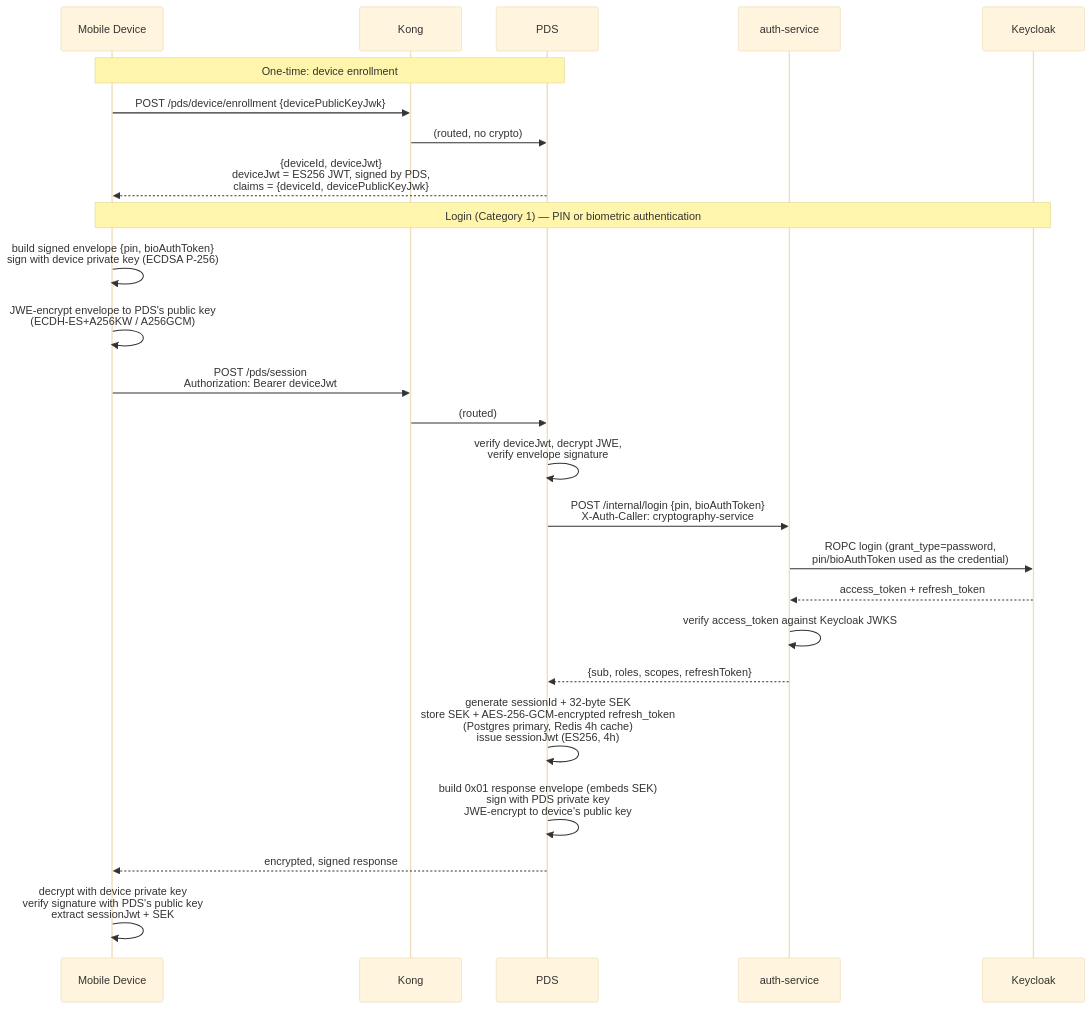
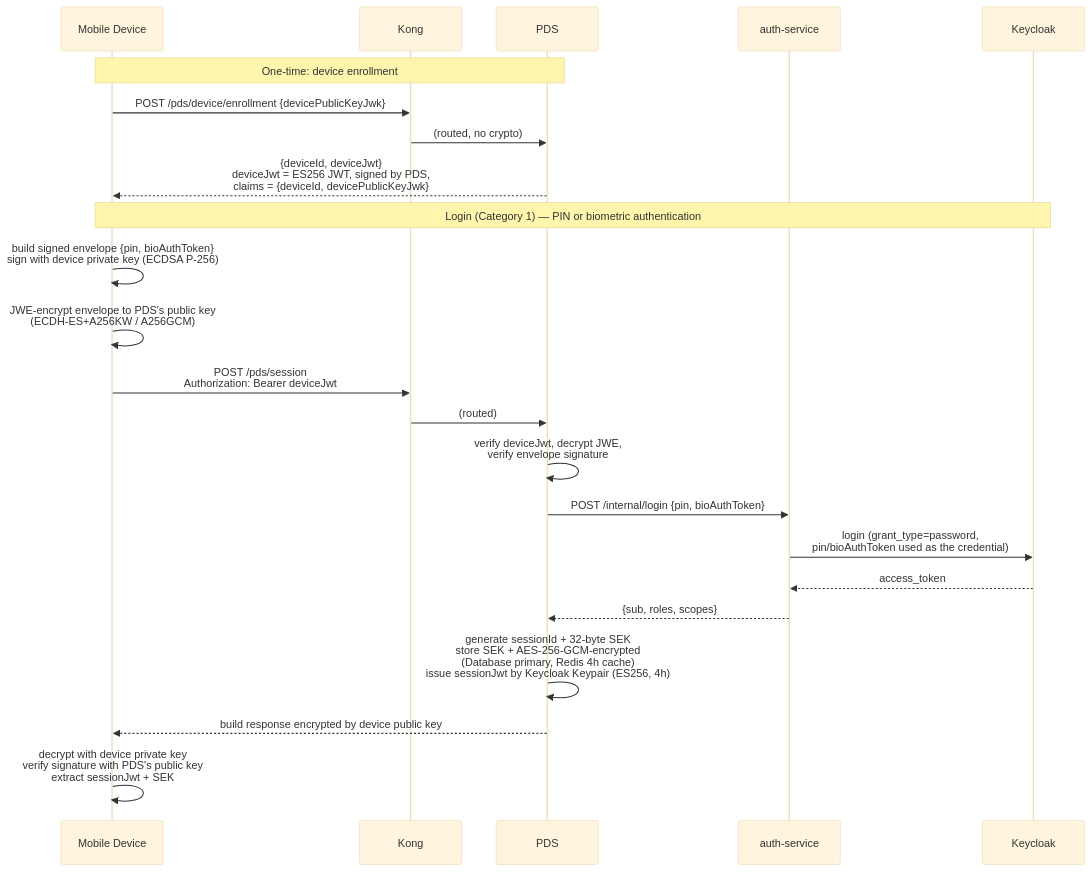
Before and after one commit to PinThapanawat/kong-custom-auth-poc: the first of 3 diagrams in docs/encryption-workflow.md, drawn with Mermaid (base theme). The commit also changed other lines of this file, not shown here.

Commit message:
docs: update encryption workflow documentation with revised sequence diagrams and process descriptions

````diff
--- a/docs/encryption-workflow.md
+++ b/docs/encryption-workflow.md
@@ -39,29 +5,27 @@
 ```mermaid
 sequenceDiagram
     participant Device as Mobile Device
     participant Kong
     participant PDS as PDS
     participant Auth as auth-service
     participant Keycloak
 
     Note over Device,PDS: One-time: device enrollment
     Device->>Kong: POST /pds/device/enrollment {devicePublicKeyJwk}
     Kong->>PDS: (routed, no crypto)
     PDS-->>Device: {deviceId, deviceJwt}<br/>deviceJwt = ES256 JWT, signed by PDS,<br/>claims = {deviceId, devicePublicKeyJwk}
 
     Note over Device,Keycloak: Login (Category 1) — PIN or biometric authentication
     Device->>Device: build signed envelope {pin, bioAuthToken}<br/>sign with device private key (ECDSA P-256)
     Device->>Device: JWE-encrypt envelope to PDS's public key<br/>(ECDH-ES+A256KW / A256GCM)
     Device->>Kong: POST /pds/session<br/>Authorization: Bearer deviceJwt
     Kong->>PDS: (routed)
     PDS->>PDS: verify deviceJwt, decrypt JWE,<br/>verify envelope signature
-    PDS->>Auth: POST /internal/login {pin, bioAuthToken}<br/>X-Auth-Caller: cryptography-service
-    Auth->>Keycloak: ROPC login (grant_type=password,<br/>pin/bioAuthToken used as the credential)
-    Keycloak-->>Auth: access_token + refresh_token
-    Auth->>Auth: verify access_token against Keycloak JWKS
-    Auth-->>PDS: {sub, roles, scopes, refreshToken}
-    PDS->>PDS: generate sessionId + 32-byte SEK<br/>store SEK + AES-256-GCM-encrypted refresh_token<br/>(Postgres primary, Redis 4h cache)<br/>issue sessionJwt (ES256, 4h)
-    PDS->>PDS: build 0x01 response envelope (embeds SEK)<br/>sign with PDS private key<br/>JWE-encrypt to device's public key
-    PDS-->>Device: encrypted, signed response
+    PDS->>Auth: POST /internal/login {pin, bioAuthToken}
+    Auth->>Keycloak: login (grant_type=password,<br/>pin/bioAuthToken used as the credential)
+    Keycloak-->>Auth: access_token
+    Auth-->>PDS: {sub, roles, scopes}
+    PDS->>PDS: generate sessionId + 32-byte SEK<br/>store SEK + AES-256-GCM-encrypted <br/>(Database primary, Redis 4h cache)<br/>issue sessionJwt by Keycloak Keypair (ES256, 4h)
+    PDS-->>Device: build response encrypted by device public key
     Device->>Device: decrypt with device private key<br/>verify signature with PDS's public key<br/>extract sessionJwt + SEK
 ```
````
